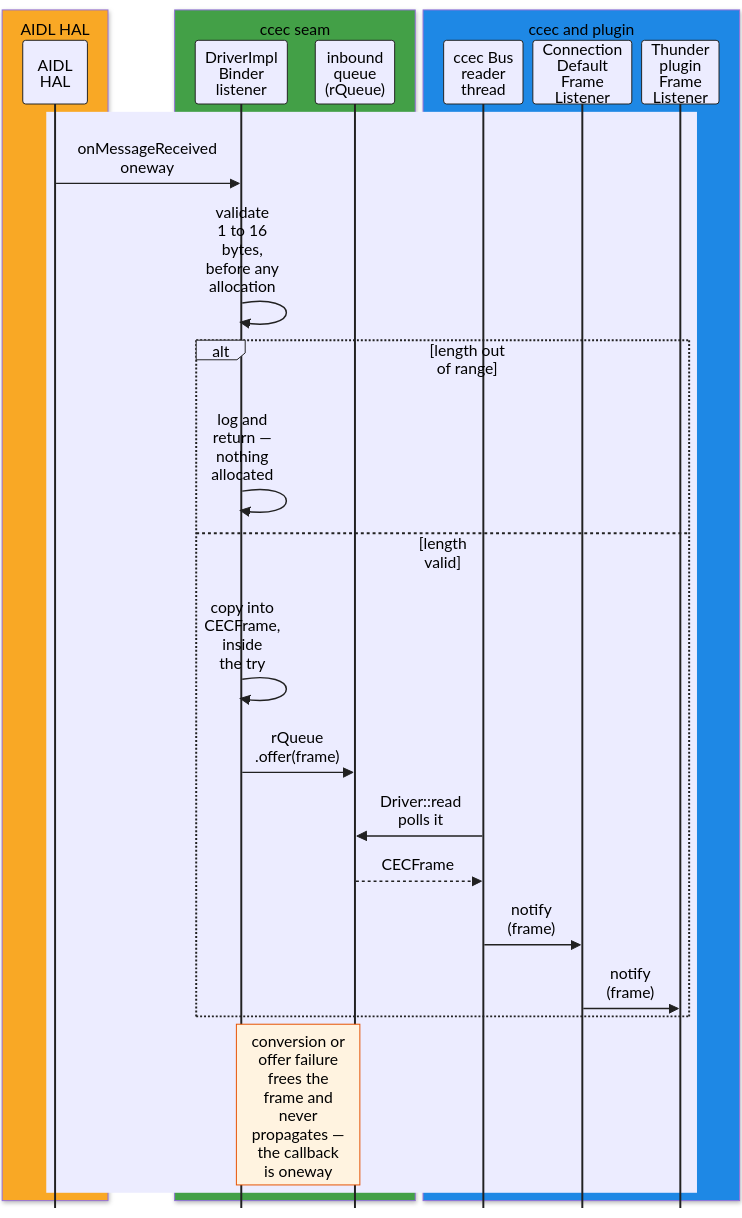
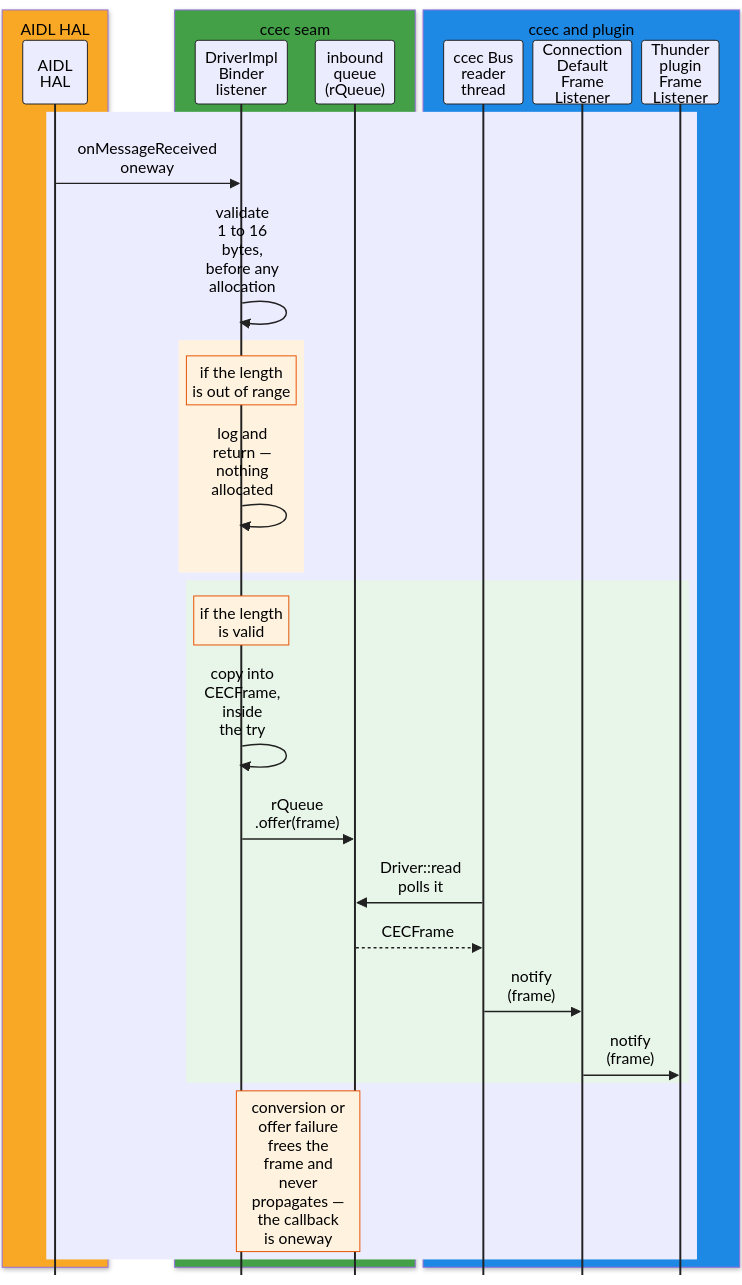
One commit to Blitzy-Sky/rdk-halif-aidl changed the third of 3 diagrams in hdmicec/current/docs/migration_mapping.md. Above: the diagram before and after it, drawn with Mermaid. The commit also changed other lines of this file, not shown here.

````diff
--- a/hdmicec/current/docs/migration_mapping.md
+++ b/hdmicec/current/docs/migration_mapping.md
@@ -538,31 +561,36 @@
 ```mermaid
-%%{init: {"theme":"default","themeVariables":{"textColor":"#000000","actorBkg":"#ECECFF","actorBorder":"#212121","actorTextColor":"#000000","actorLineColor":"#212121","signalColor":"#212121","signalTextColor":"#000000","noteBkgColor":"#FFF3E0","noteBorderColor":"#E65100","noteTextColor":"#000000","loopTextColor":"#000000","labelBoxBkgColor":"#ECECFF","labelBoxBorderColor":"#212121","labelTextColor":"#000000","altSectionBkgColor":"#F5F5F5"},"sequence":{"diagramMarginX":8,"diagramMarginY":8,"actorMargin":10,"boxMargin":8,"width":66,"noteMargin":6,"messageMargin":26,"mirrorActors":false}}}%%
+%%{init: {"theme":"default","themeVariables":{"textColor":"#000000","actorBkg":"#ECECFF","actorBorder":"#212121","actorTextColor":"#000000","actorLineColor":"#212121","signalColor":"#212121","signalTextColor":"#000000","noteBkgColor":"#FFF3E0","noteBorderColor":"#E65100","noteTextColor":"#000000"},"sequence":{"diagramMarginX":8,"diagramMarginY":8,"actorMargin":10,"boxMargin":8,"width":66,"noteMargin":6,"messageMargin":26,"mirrorActors":false}}}%%
 sequenceDiagram
+    accTitle: Receive path, unchanged above the ccec seam
+    accDescr: The AIDL HAL invokes onMessageReceived on the DriverImpl Binder listener as a oneway call. The listener first validates that the buffer holds 1 to 16 bytes, before any allocation. If the length is out of range it logs and returns, having allocated nothing. If the length is valid it copies the buffer into a CECFrame inside the try block, offers the frame to the bounded inbound queue, and a separate ccec Bus reader thread polls that queue through Driver read, receives the CECFrame, and notifies the Connection default frame listener, which in turn notifies the Thunder plugin frame listener. A conversion or offer failure frees the frame and never propagates, because the callback is oneway. Only the two seam steps are new; every hop above the seam is unchanged.
     box rgb(249,168,37) AIDL HAL
         participant HAL as AIDL<br/>HAL
     end
     box rgb(67,160,71) ccec seam
         participant LS as DriverImpl<br/>Binder<br/>listener
         participant Q as inbound<br/>queue<br/>(rQueue)
     end
     box rgb(30,136,229) ccec and plugin
         participant RD as ccec Bus<br/>reader<br/>thread
         participant CN as Connection<br/>Default<br/>Frame<br/>Listener
         participant PL as Thunder<br/>plugin<br/>Frame<br/>Listener
     end
     rect rgb(236,236,255)
     HAL->>LS: onMessageReceived<br/>oneway
     LS->>LS: validate<br/>1 to 16<br/>bytes,<br/>before any<br/>allocation
-    alt length out<br/>of range
-        LS->>LS: log and<br/>return —<br/>nothing<br/>allocated
-    else length valid
-        LS->>LS: copy into<br/>CECFrame,<br/>inside<br/>the try
-        LS->>Q: rQueue<br/>.offer(frame)
-        RD->>Q: Driver::read<br/>polls it
-        Q-->>RD: CECFrame
-        RD->>CN: notify<br/>(frame)
-        CN->>PL: notify<br/>(frame)
+    rect rgb(255,243,224)
+    Note over LS: if the length<br/>is out of range
+    LS->>LS: log and<br/>return —<br/>nothing<br/>allocated
+    end
+    rect rgb(232,245,233)
+    Note over LS: if the length<br/>is valid
+    LS->>LS: copy into<br/>CECFrame,<br/>inside<br/>the try
+    LS->>Q: rQueue<br/>.offer(frame)
+    RD->>Q: Driver::read<br/>polls it
+    Q-->>RD: CECFrame
+    RD->>CN: notify<br/>(frame)
+    CN->>PL: notify<br/>(frame)
     end
     Note over LS,Q: conversion or<br/>offer failure<br/>frees the<br/>frame and<br/>never<br/>propagates —<br/>the callback<br/>is oneway
     end
 ```
````
